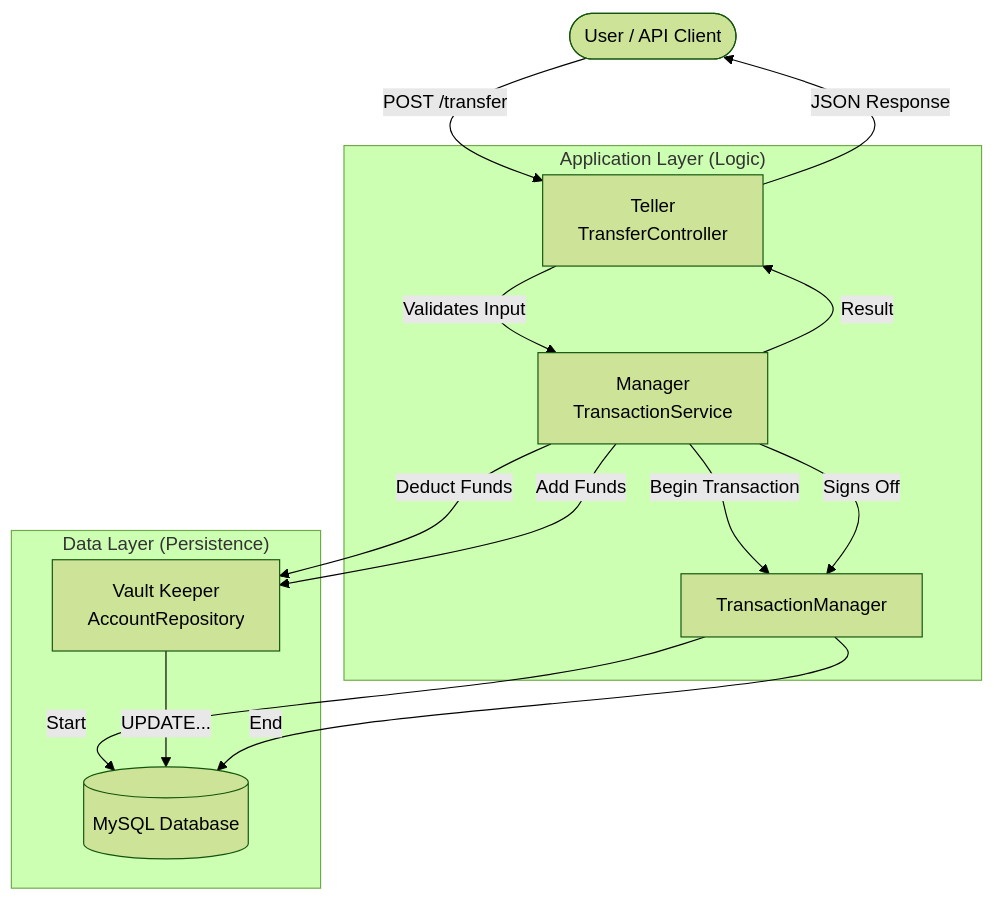
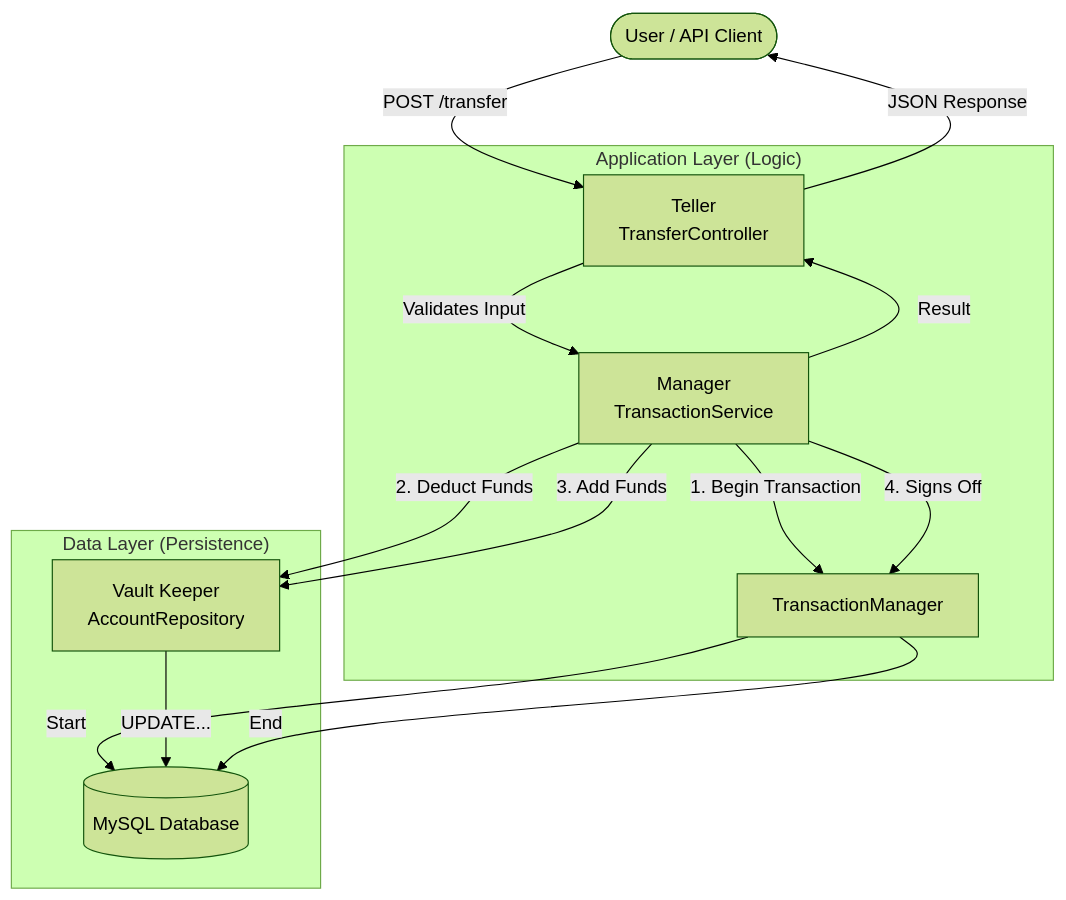
One commit to CodeByMathabo/Grit-Ledger changed the diagram in README.md. Above: the diagram before and after it, drawn with Mermaid (forest theme).

Commit message:
Update READ ME file

````diff
--- a/README.md
+++ b/README.md
@@ -23,21 +23,21 @@
 ```mermaid
 graph TD
     User([User / API Client]) -->|POST /transfer| Controller[Teller<br/>TransferController]
 
     subgraph "Application Layer (Logic)"
         Controller -->|Validates Input| Service[Manager<br/>TransactionService]
-        Service -->| Begin Transaction| TransactionManager
+        Service -->|1. Begin Transaction| TransactionManager
     end
 
     subgraph "Data Layer (Persistence)"
         TransactionManager -->|Start| DB[(MySQL Database)]
-        Service -->| Deduct Funds| Repo[Vault Keeper<br/>AccountRepository]
+        Service -->|2. Deduct Funds| Repo[Vault Keeper<br/>AccountRepository]
         Repo -->|UPDATE...| DB
-        Service -->| Add Funds| Repo
+        Service -->|3. Add Funds| Repo
     end
 
-    Service -->| Signs Off| TransactionManager
+    Service -->|4. Signs Off| TransactionManager
     TransactionManager -->|End| DB
     Service -->|Result| Controller
     Controller -->|JSON Response| User
 ```
````
